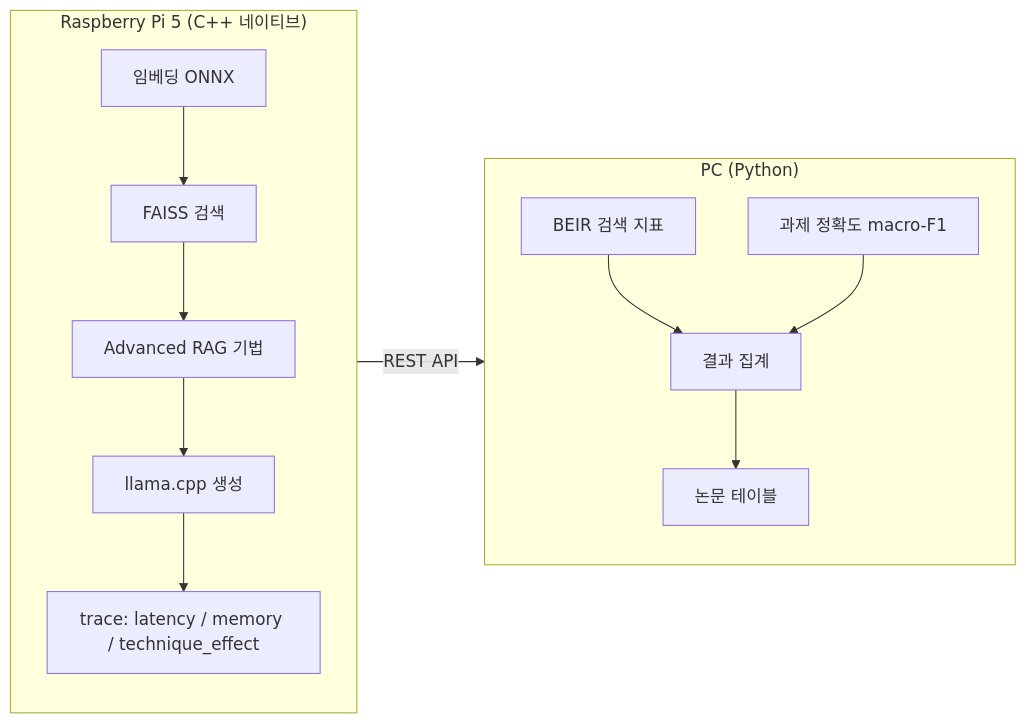
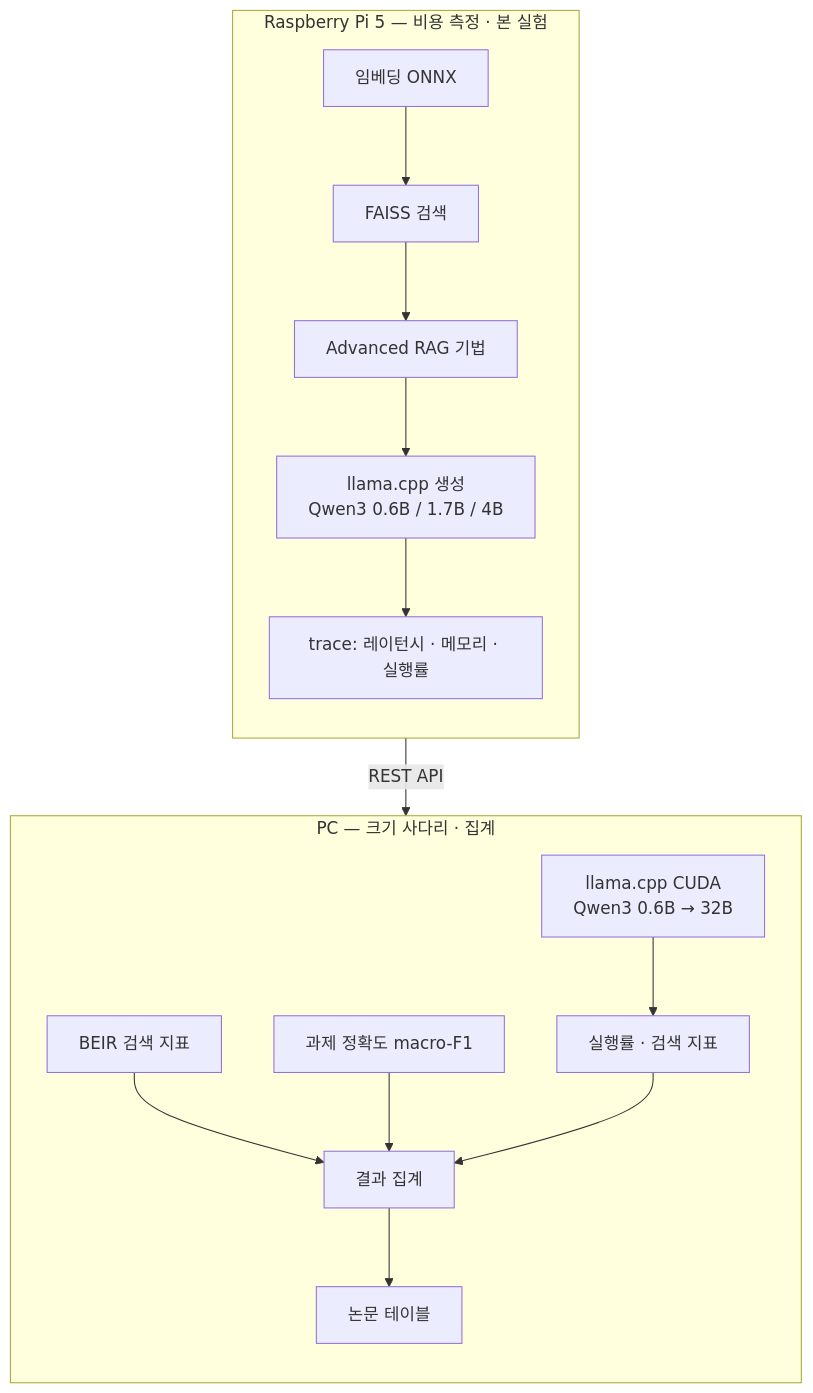
The diagram in docs/research_proposal.md (jjo2889/edge-rag-experiments), drawn with Mermaid before and after one commit. The commit also changed other lines of this file, not shown here.

````diff
--- a/docs/research_proposal.md
+++ b/docs/research_proposal.md
@@ -169,19 +324,21 @@
 ```mermaid
-flowchart LR
-    subgraph RPI["Raspberry Pi 5 (C++ 네이티브)"]
+flowchart TB
+    subgraph PI["Raspberry Pi 5 — 비용 측정 · 본 실험"]
         direction TB
         A[임베딩 ONNX] --> B[FAISS 검색]
         B --> C[Advanced RAG 기법]
-        C --> D[llama.cpp 생성]
-        D --> E[trace: latency / memory / technique_effect]
+        C --> D[llama.cpp 생성<br/>Qwen3 0.6B / 1.7B / 4B]
+        D --> E[trace: 레이턴시 · 메모리 · 실행률]
     end
 
-    subgraph PC["PC (Python)"]
+    subgraph PC["PC — 크기 사다리 · 집계"]
         direction TB
+        L[llama.cpp CUDA<br/>Qwen3 0.6B → 32B] --> M[실행률 · 검색 지표]
         F[BEIR 검색 지표] --> H[결과 집계]
         G[과제 정확도 macro-F1] --> H
+        M --> H
         H --> I[논문 테이블]
     end
 
-    RPI -->|REST API| PC
+    PI -->|REST API| PC
 ```
````
